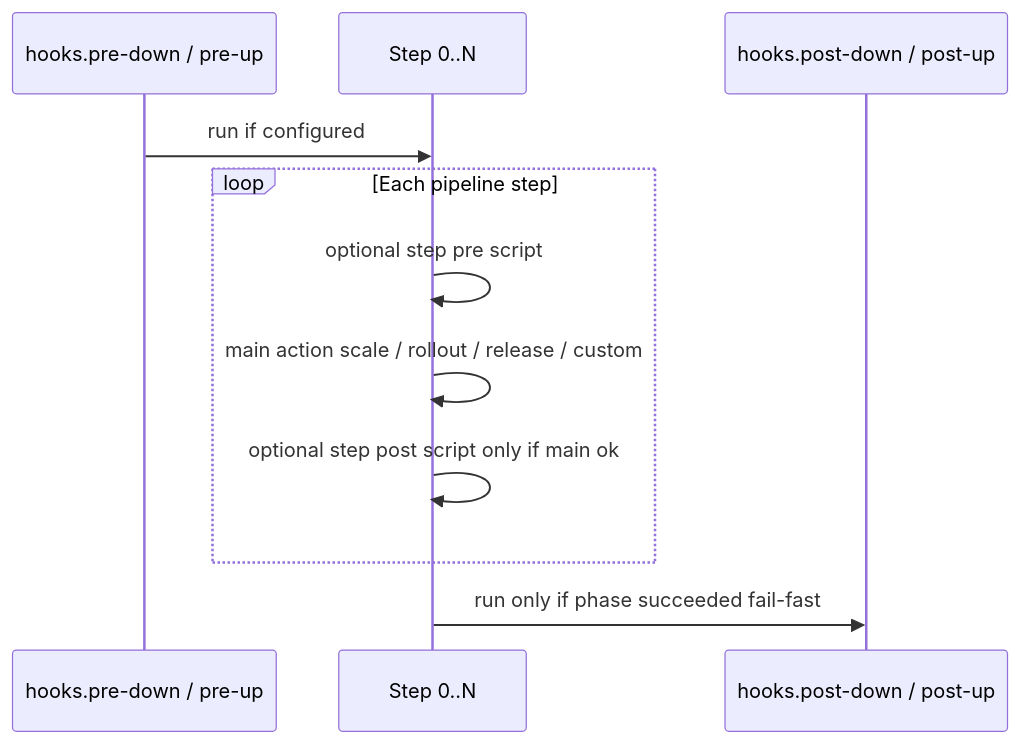
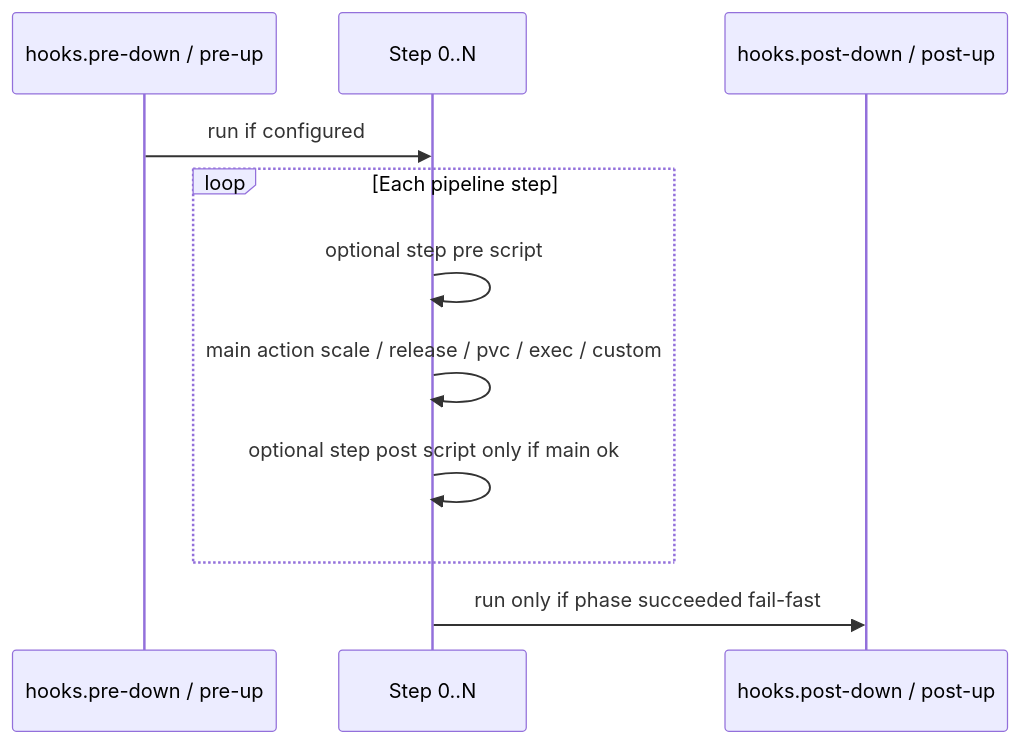
Before and after one commit to hrodrig/kzero: the third of 7 diagrams in docs/diagrams.md, drawn with Mermaid. The commit also changed other lines of this file and 34 other files, not shown here.

````diff
--- a/docs/diagrams.md
+++ b/docs/diagrams.md
@@ -55,13 +69,13 @@
 ```mermaid
 sequenceDiagram
   participant H as hooks.pre-down / pre-up
   participant S as Step 0..N
   participant T as hooks.post-down / post-up
   H->>S: run if configured
   loop Each pipeline step
     S->>S: optional step pre script
-    S->>S: main action scale / rollout / release / custom
+    S->>S: main action scale / release / pvc / exec / custom
     S->>S: optional step post script only if main ok
   end
   S->>T: run only if phase succeeded fail-fast
 ```
````
